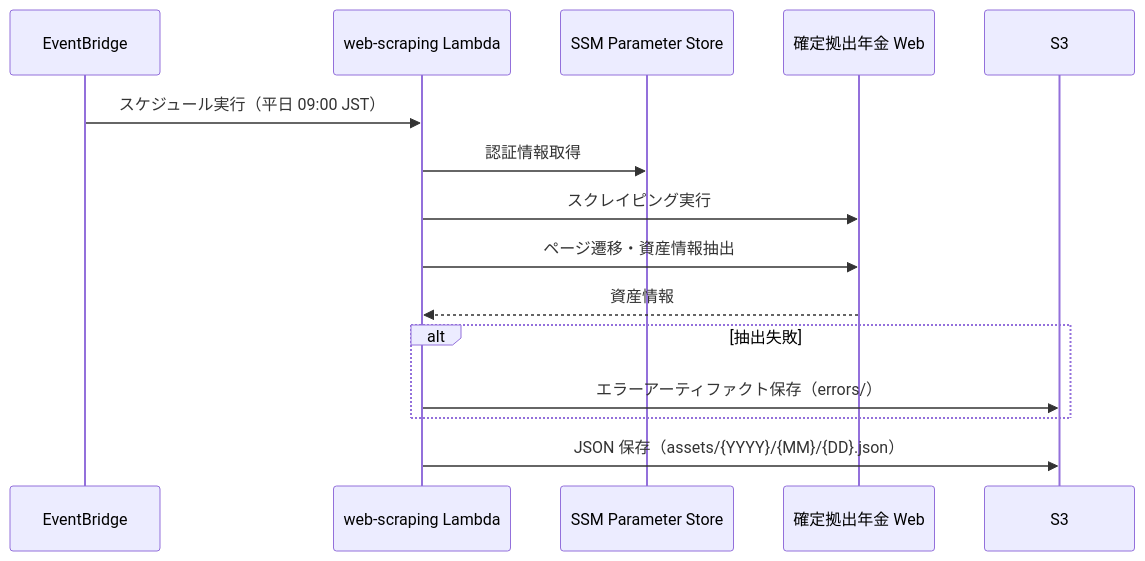
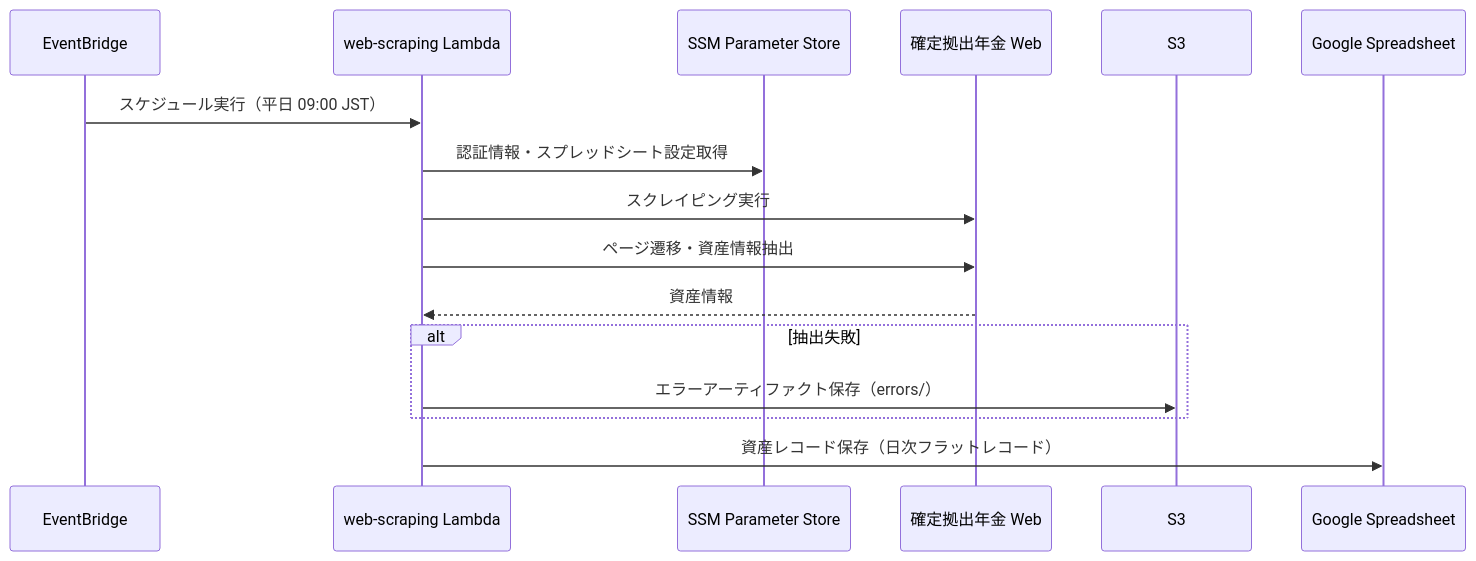
One commit to kamaD-y/dcp-ops-monitor changed the first of 2 diagrams in docs/functional-design.md. Above: the diagram before and after it, drawn with Mermaid. The commit also changed other lines of this file, not shown here.

````diff
--- a/docs/functional-design.md
+++ b/docs/functional-design.md
@@ -17,18 +17,19 @@
 ```mermaid
 sequenceDiagram
     participant EventBridge
     participant Lambda as web-scraping Lambda
     participant SSM as SSM Parameter Store
     participant Web as 確定拠出年金 Web
     participant S3
+    participant GSheet as Google Spreadsheet
 
     EventBridge->>Lambda: スケジュール実行（平日 09:00 JST）
-    Lambda->>SSM: 認証情報取得
+    Lambda->>SSM: 認証情報・スプレッドシート設定取得
     Lambda->>Web: スクレイピング実行
     Lambda->>Web: ページ遷移・資産情報抽出
     Web-->>Lambda: 資産情報
     alt 抽出失敗
         Lambda->>S3: エラーアーティファクト保存（errors/）
     end
-    Lambda->>S3: JSON 保存（assets/{YYYY}/{MM}/{DD}.json）
+    Lambda->>GSheet: 資産レコード保存（日次フラットレコード）
 ```
````
